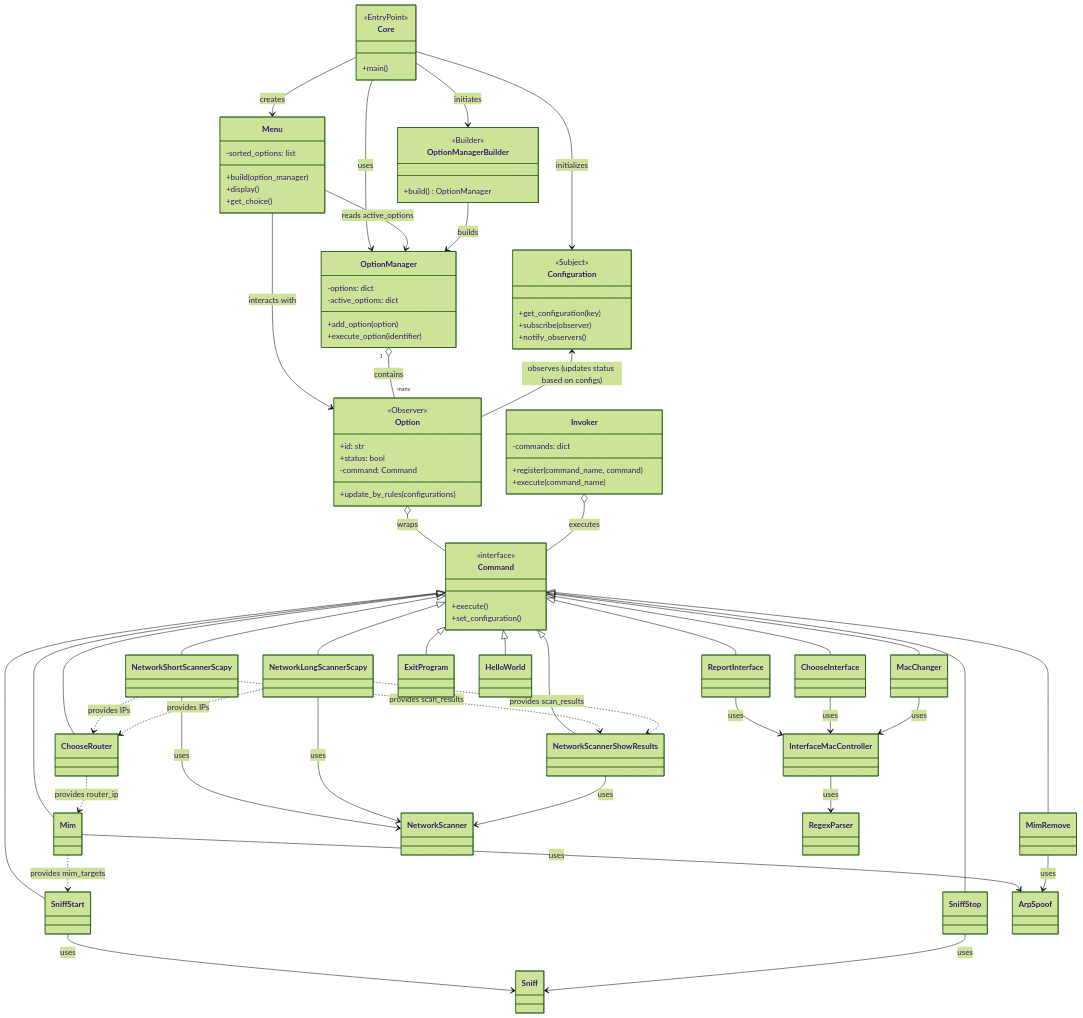
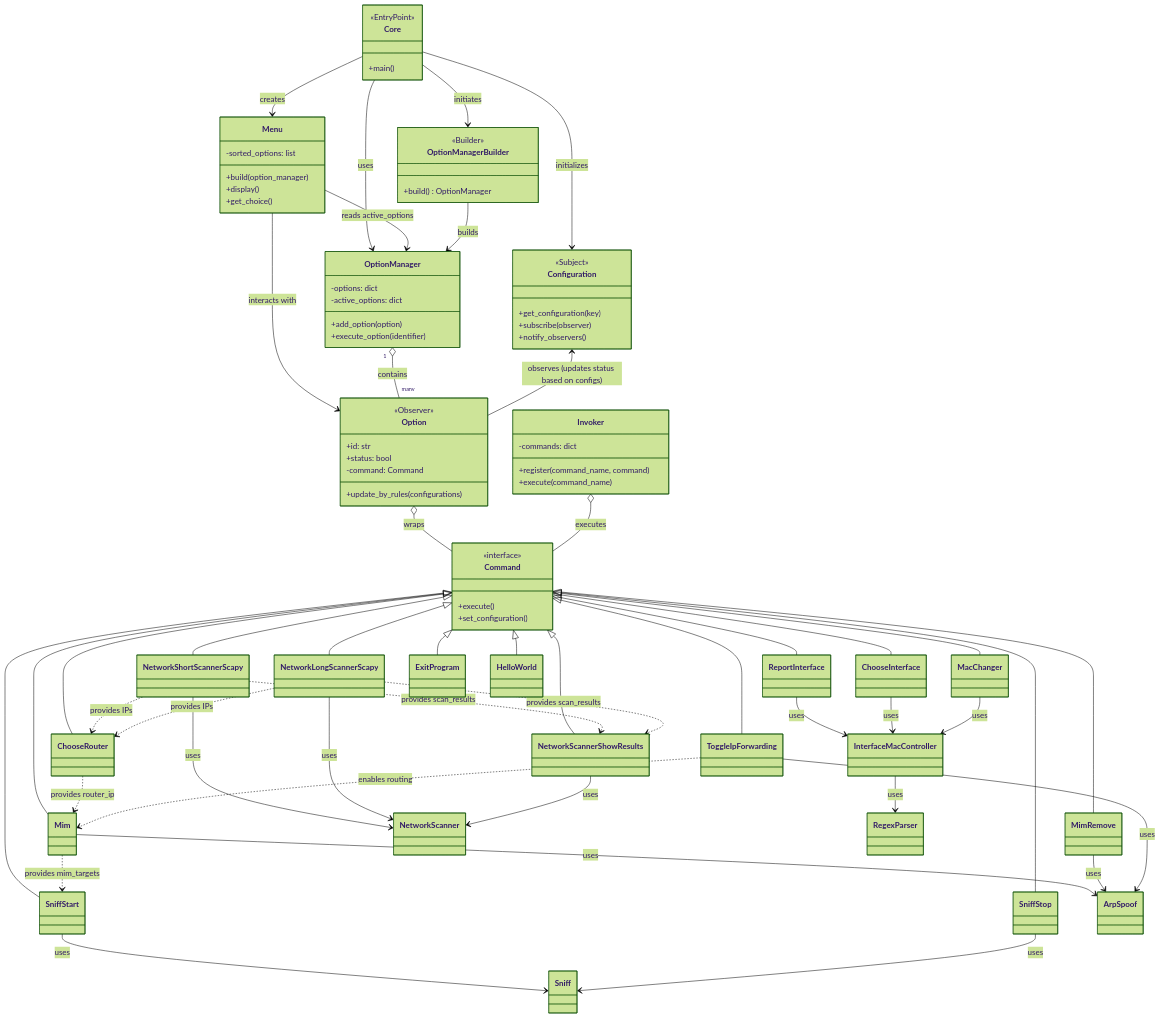
One commit to lpnf213/cybsec changed the diagram in README.md. Above: the diagram before and after it, drawn with Mermaid (forest theme). The commit also changed other lines of this file and 9 other files, not shown here.

````diff
--- a/README.md
+++ b/README.md
@@ -156,6 +156,7 @@
     Command <|-- SniffStart
     Command <|-- SniffStop
     Command <|-- NetworkScannerShowResults
+    Command <|-- ToggleIpForwarding
 
     %% State dependencies (represented as dashed arrows)
     NetworkShortScannerScapy ..> NetworkScannerShowResults : provides scan_results
@@ -164,6 +165,7 @@
     NetworkLongScannerScapy ..> ChooseRouter : provides IPs
     ChooseRouter ..> Mim : provides router_ip
     Mim ..> SniffStart : provides mim_targets
+    ToggleIpForwarding ..> Mim : enables routing
 
     Invoker o-- Command : executes
     
@@ -188,5 +190,7 @@
     SniffStart --> Sniff : uses
     SniffStop --> Sniff : uses
 
+    ToggleIpForwarding --> ArpSpoof : uses
+
     InterfaceMacController --> RegexParser : uses
 ```
````
